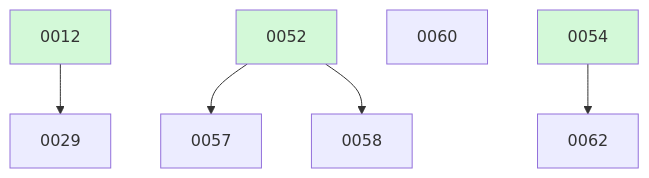
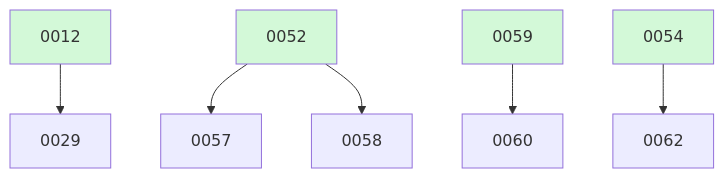
Before and after one commit to ethanhinson/fuse: the diagram in docs/changes/BOARD.md, drawn with Mermaid. The commit also changed other lines of this file, not shown here.

Commit message:
docket: board refresh

````diff
--- a/docs/changes/BOARD.md
+++ b/docs/changes/BOARD.md
@@ -20,12 +20,13 @@
 ```mermaid
 graph TD
   0012 --> 0029
   0052 --> 0057
   0052 --> 0058
-  0060
+  0059 --> 0060
   0054 --> 0062
   0012:::done
   0052:::done
   0054:::done
+  0059:::done
   classDef done fill:#d3f9d8;
 ```
````
